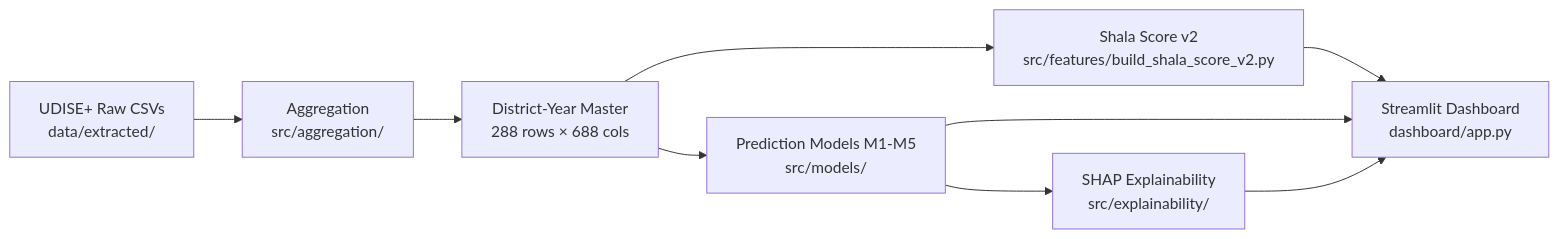
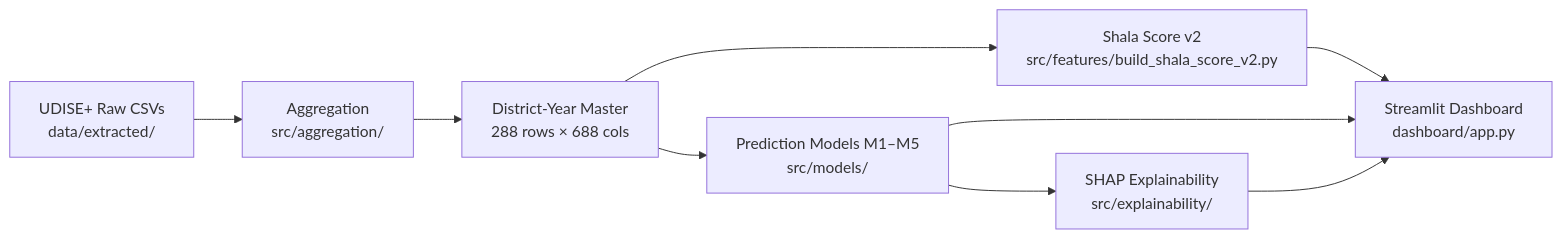
The diagram in README.md (sandipk765/shalascope-maharashtra), drawn with Mermaid before and after one commit. The commit also changed other lines of this file, not shown here.

````diff
--- a/README.md
+++ b/README.md
@@ -74,11 +35,11 @@
 ```mermaid
 graph LR
     A[UDISE+ Raw CSVs<br/>data/extracted/] --> B[Aggregation<br/>src/aggregation/]
     B --> C[District-Year Master<br/>288 rows × 688 cols]
     C --> D[Shala Score v2<br/>src/features/build_shala_score_v2.py]
-    C --> E[Prediction Models M1-M5<br/>src/models/]
+    C --> E[Prediction Models M1–M5<br/>src/models/]
     D --> F[Streamlit Dashboard<br/>dashboard/app.py]
     E --> F
     E --> G[SHAP Explainability<br/>src/explainability/]
     G --> F
 ```
````
